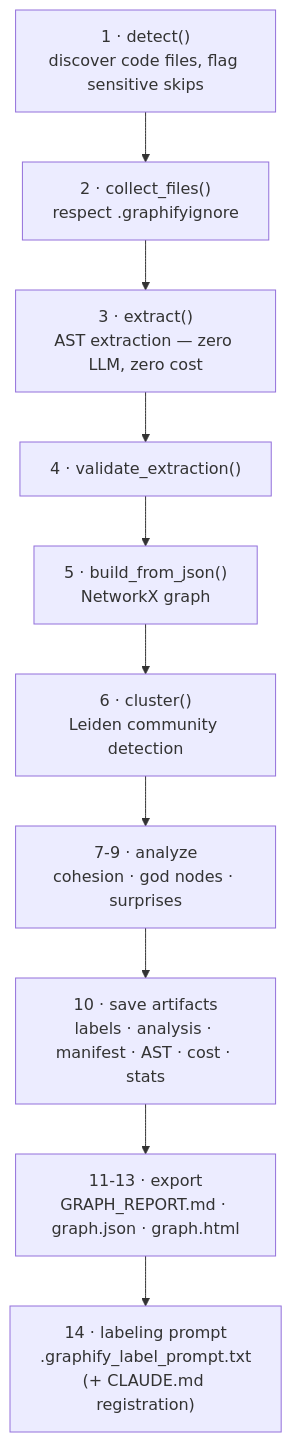
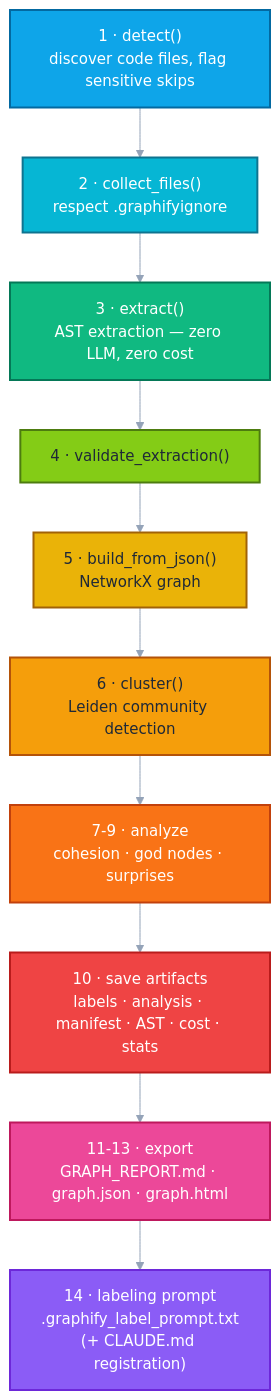
The second of 2 diagrams in README.md (Quantum-vik/graphify-build), drawn with Mermaid before and after one commit. The commit also changed other lines of this file, not shown here.

Commit message:
README: vibrant color styling for mermaid diagrams
GitHub's default mermaid theme renders washed-out white boxes in dark mode.
Give every node an explicit saturated fill + contrast-checked text color via
classDef (readable in both dark and light modes): the workflow diagram gets
one color per concept (repo/graph/labels/Claude/update/answers/wiki), the
pipeline diagram a sky->violet rainbow progression across its 10 stages.

````diff
--- a/README.md
+++ b/README.md
@@ -461,12 +477,34 @@
 ```mermaid
+%%{init: {'theme': 'base', 'themeVariables': {'lineColor': '#94a3b8', 'fontSize': '15px'}}}%%
 flowchart TD
     A["1 · detect()<br/>discover code files, flag sensitive skips"] --> B["2 · collect_files()<br/>respect .graphifyignore"]
     B --> C["3 · extract()<br/>AST extraction — zero LLM, zero cost"]
     C --> D["4 · validate_extraction()"]
     D --> E["5 · build_from_json()<br/>NetworkX graph"]
     E --> F["6 · cluster()<br/>Leiden community detection"]
     F --> G["7-9 · analyze<br/>cohesion · god nodes · surprises"]
     G --> H["10 · save artifacts<br/>labels · analysis · manifest · AST · cost · stats"]
     H --> I["11-13 · export<br/>GRAPH_REPORT.md · graph.json · graph.html"]
     I --> J["14 · labeling prompt<br/>.graphify_label_prompt.txt<br/>(+ CLAUDE.md registration)"]
+
+    classDef s1  fill:#0ea5e9,stroke:#0369a1,color:#ffffff,stroke-width:2px
+    classDef s2  fill:#06b6d4,stroke:#0e7490,color:#ffffff,stroke-width:2px
+    classDef s3  fill:#10b981,stroke:#047857,color:#ffffff,stroke-width:2px
+    classDef s4  fill:#84cc16,stroke:#4d7c0f,color:#1f2937,stroke-width:2px
+    classDef s5  fill:#eab308,stroke:#a16207,color:#1f2937,stroke-width:2px
+    classDef s6  fill:#f59e0b,stroke:#b45309,color:#1f2937,stroke-width:2px
+    classDef s7  fill:#f97316,stroke:#c2410c,color:#ffffff,stroke-width:2px
+    classDef s8  fill:#ef4444,stroke:#b91c1c,color:#ffffff,stroke-width:2px
+    classDef s9  fill:#ec4899,stroke:#be185d,color:#ffffff,stroke-width:2px
+    classDef s10 fill:#8b5cf6,stroke:#6d28d9,color:#ffffff,stroke-width:2px
+    class A s1
+    class B s2
+    class C s3
+    class D s4
+    class E s5
+    class F s6
+    class G s7
+    class H s8
+    class I s9
+    class J s10
 ```
````
